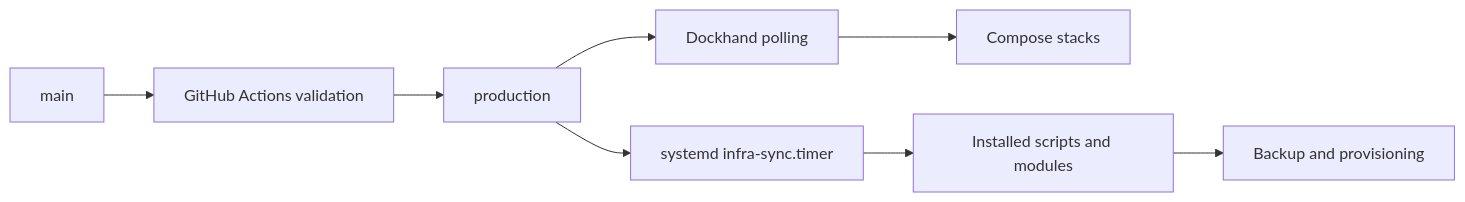
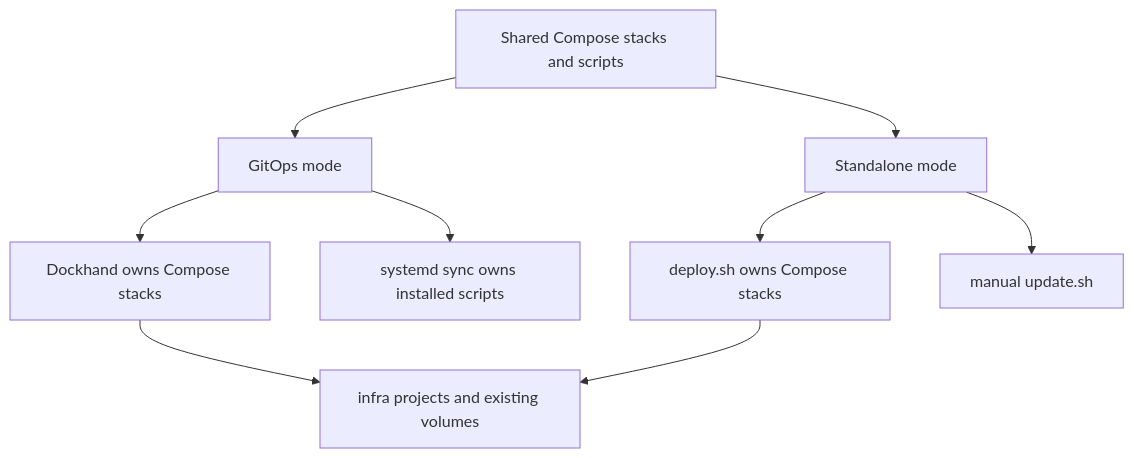
Before and after one commit to nguyennan12/nguyenan-infrastructure: the second of 2 diagrams in docs/ARCHITECTURE.md, drawn with Mermaid. The commit also changed other lines of this file and 31 other files, not shown here.

Commit message:
feat(infra): support portable deployments and interactive backup setup

````diff
--- a/docs/ARCHITECTURE.md
+++ b/docs/ARCHITECTURE.md
@@ -73,10 +73,12 @@
 ```mermaid
-flowchart LR
-  M[main] --> C[GitHub Actions validation]
-  C --> P[production]
-  P --> D[Dockhand polling]
-  P --> S[systemd infra-sync.timer]
-  D --> T[Compose stacks]
-  S --> I[Installed scripts and modules]
-  I --> B[Backup and provisioning]
+flowchart TD
+  C[Shared Compose stacks and scripts]
+  C --> G[GitOps mode]
+  C --> S[Standalone mode]
+  G --> D[Dockhand owns Compose stacks]
+  G --> Y[systemd sync owns installed scripts]
+  S --> CLI[deploy.sh owns Compose stacks]
+  S --> U[manual update.sh]
+  D --> T[infra projects and existing volumes]
+  CLI --> T
 ```
````
